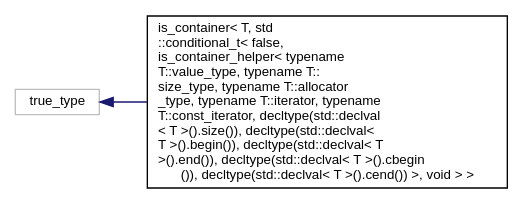
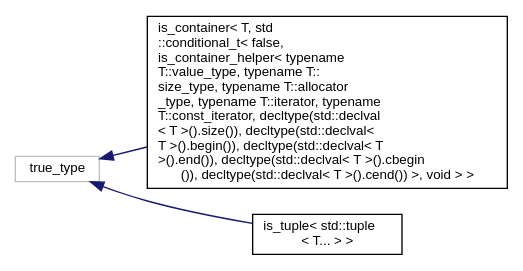
Before and after one commit to Rishat22/ConditionalIPAddressPrintingFunction: the diagram in inherit_graph_2.dot, drawn with Graphviz. The commit also changed 28 other files, not shown here.

```diff
--- a/inherit_graph_2.dot
+++ b/inherit_graph_2.dot
@@ -1,10 +1,12 @@
 digraph "Graphical Class Hierarchy"
 {
  // LATEX_PDF_SIZE
   edge [fontname="Helvetica",fontsize="10",labelfontname="Helvetica",labelfontsize="10"];
   node [fontname="Helvetica",fontsize="10",shape=record];
   rankdir="LR";
   Node1 [label="true_type",height=0.2,width=0.4,color="grey75", fillcolor="white", style="filled",tooltip=" "];
   Node1 -> Node0 [dir="back",color="midnightblue",fontsize="10",style="solid",fontname="Helvetica"];
   Node0 [label="is_container\< T, std\l::conditional_t\< false,\l is_container_helper\< typename\l T::value_type, typename T::\lsize_type, typename T::allocator\l_type, typename T::iterator, typename\l T::const_iterator, decltype(std::declval\l\< T \>().size()), decltype(std::declval\<\l T \>().begin()), decltype(std::declval\< T\l \>().end()), decltype(std::declval\< T \>().cbegin\l()), decltype(std::declval\< T \>().cend()) \>, void \> \>",height=0.2,width=0.4,color="black", fillcolor="white", style="filled",URL="$structis__container_3_01T_00_01std_1_1conditional__t_3_01false_00_01is__container__helper_3_01ty98e374194158c5d4a93d6b9411b086ed.html",tooltip=" "];
+  Node1 -> Node3 [dir="back",color="midnightblue",fontsize="10",style="solid",fontname="Helvetica"];
+  Node3 [label="is_tuple\< std::tuple\l\< T... \> \>",height=0.2,width=0.4,color="black", fillcolor="white", style="filled",URL="$structis__tuple_3_01std_1_1tuple_3_01T_8_8_8_01_4_01_4.html",tooltip=" "];
 }
```
